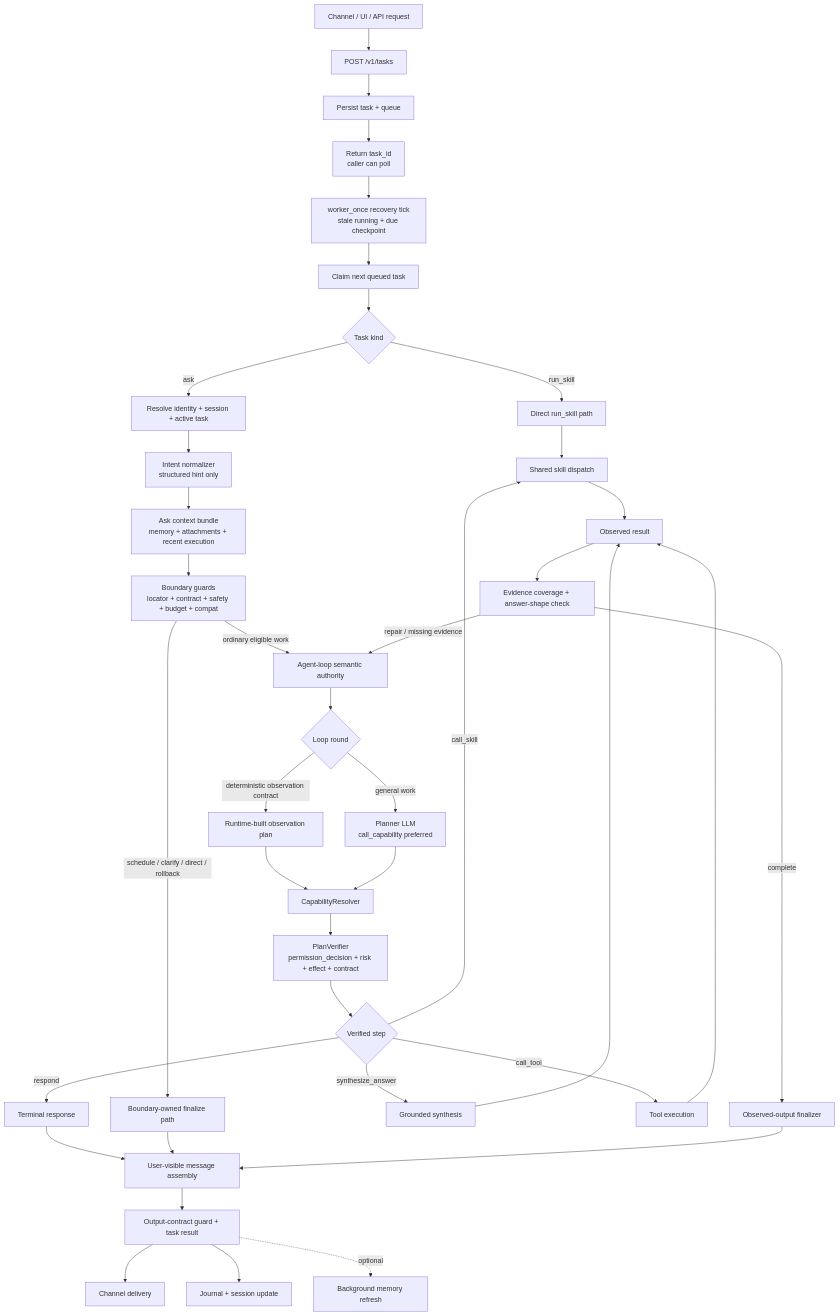
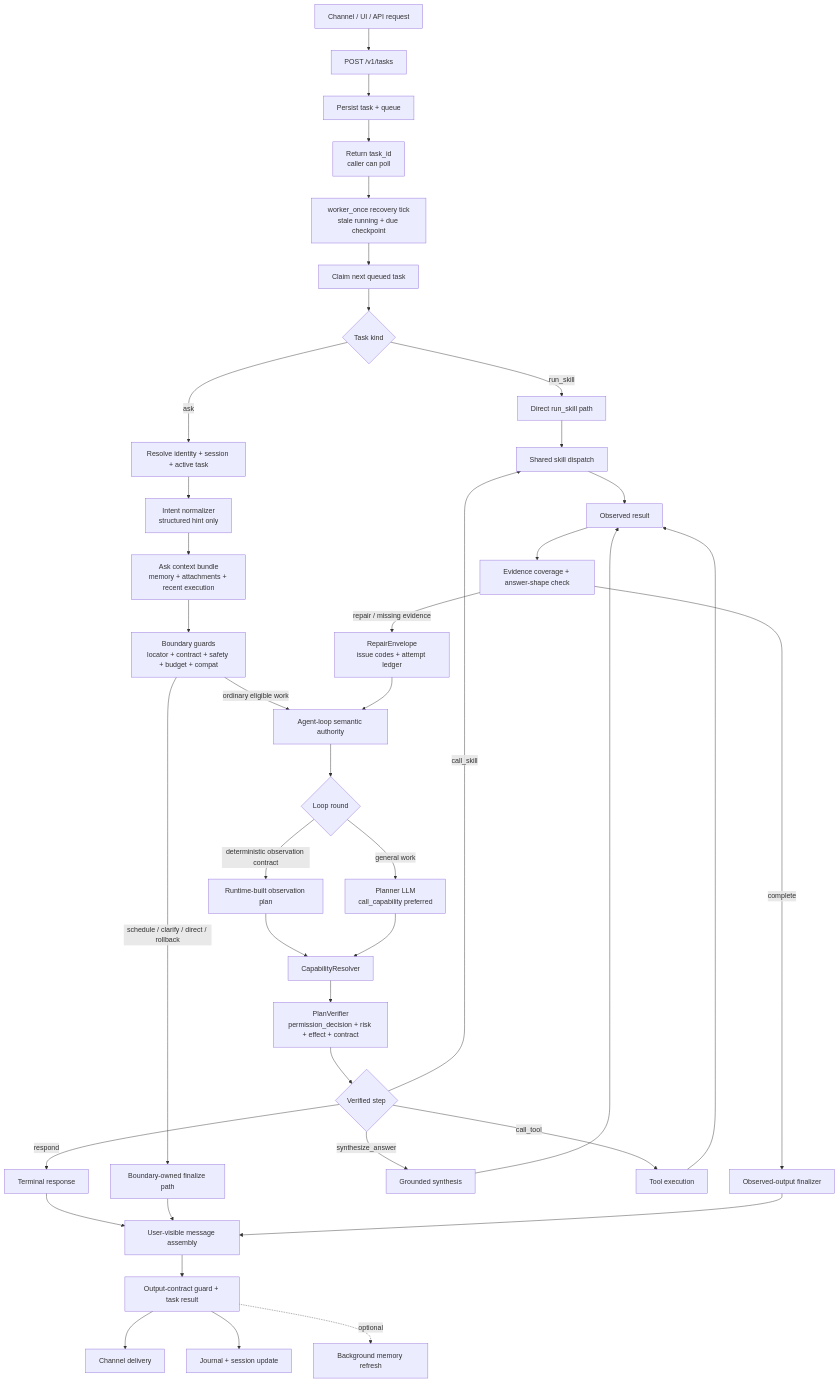
Before and after one commit to MatrixCoreX/RustClaw: the first of 3 diagrams in README.md, drawn with Mermaid. The commit also changed other lines of this file and 112 other files, not shown here.

````diff
--- a/README.md
+++ b/README.md
@@ -28,41 +28,42 @@
 ```mermaid
 flowchart TD
     A[Channel / UI / API request] --> B[POST /v1/tasks]
     B --> C[Persist task + queue]
     C --> D[Return task_id<br/>caller can poll]
     D --> E0[worker_once recovery tick<br/>stale running + due checkpoint]
     E0 --> E1[Claim next queued task]
     E1 --> E{Task kind}
     E -->|run_skill| RS[Direct run_skill path]
     E -->|ask| F[Resolve identity + session + active task]
     F --> G[Intent normalizer<br/>structured hint only]
     G --> H[Ask context bundle<br/>memory + attachments + recent execution]
     H --> I[Boundary guards<br/>locator + contract + safety + budget + compat]
     I -->|ordinary eligible work| J[Agent-loop semantic authority]
     I -->|schedule / clarify / direct / rollback| K[Boundary-owned finalize path]
     J --> L{Loop round}
     L -->|deterministic observation contract| M[Runtime-built observation plan]
     L -->|general work| N[Planner LLM<br/>call_capability preferred]
     M --> O[CapabilityResolver]
     N --> O
     O --> P[PlanVerifier<br/>permission_decision + risk + effect + contract]
     P --> Q{Verified step}
     Q -->|respond| R[Terminal response]
     Q -->|synthesize_answer| S[Grounded synthesis]
     Q -->|call_tool| T[Tool execution]
     Q -->|call_skill| U[Shared skill dispatch]
     RS --> U
     T --> V[Observed result]
     U --> V
     S --> V
     V --> W[Evidence coverage + answer-shape check]
-    W -->|repair / missing evidence| J
+    W -->|repair / missing evidence| WR[RepairEnvelope<br/>issue codes + attempt ledger]
+    WR --> J
     W -->|complete| X[Observed-output finalizer]
     R --> Y[User-visible message assembly]
     K --> Y
     X --> Y
     Y --> Z[Output-contract guard + task result]
     Z --> AA[Channel delivery]
     Z --> AB[Journal + session update]
     Z -. optional .-> AC[Background memory refresh]
 ```
````
